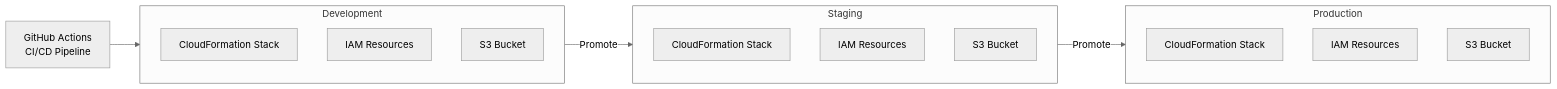
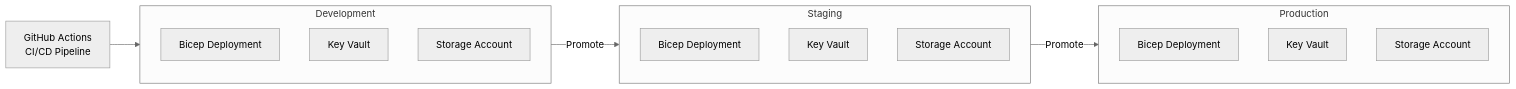
One commit to Mjkhan9/Automated-IAM-User-Lifecycle-Management-System-Project changed the third of 3 diagrams in docs/architecture.md. Above: the diagram before and after it, drawn with Mermaid (neutral theme). The commit also changed other lines of this file and 17 other files, not shown here.

````diff
--- a/docs/architecture.md
+++ b/docs/architecture.md
@@ -200,24 +200,24 @@
 ```mermaid
 flowchart LR
     subgraph Dev["Development"]
-        DEV_CFN["CloudFormation Stack"]
-        DEV_IAM["IAM Resources"]
-        DEV_S3["S3 Bucket"]
+        DEV_BICEP["Bicep Deployment"]
+        DEV_KV["Key Vault"]
+        DEV_ST["Storage Account"]
     end
     
     subgraph Staging["Staging"]
-        STG_CFN["CloudFormation Stack"]
-        STG_IAM["IAM Resources"]
-        STG_S3["S3 Bucket"]
+        STG_BICEP["Bicep Deployment"]
+        STG_KV["Key Vault"]
+        STG_ST["Storage Account"]
     end
     
     subgraph Prod["Production"]
-        PROD_CFN["CloudFormation Stack"]
-        PROD_IAM["IAM Resources"]
-        PROD_S3["S3 Bucket"]
+        PROD_BICEP["Bicep Deployment"]
+        PROD_KV["Key Vault"]
+        PROD_ST["Storage Account"]
     end
     
     GH["GitHub Actions<br/>CI/CD Pipeline"] --> Dev
     Dev -->|"Promote"| Staging
     Staging -->|"Promote"| Prod
 ```
````
